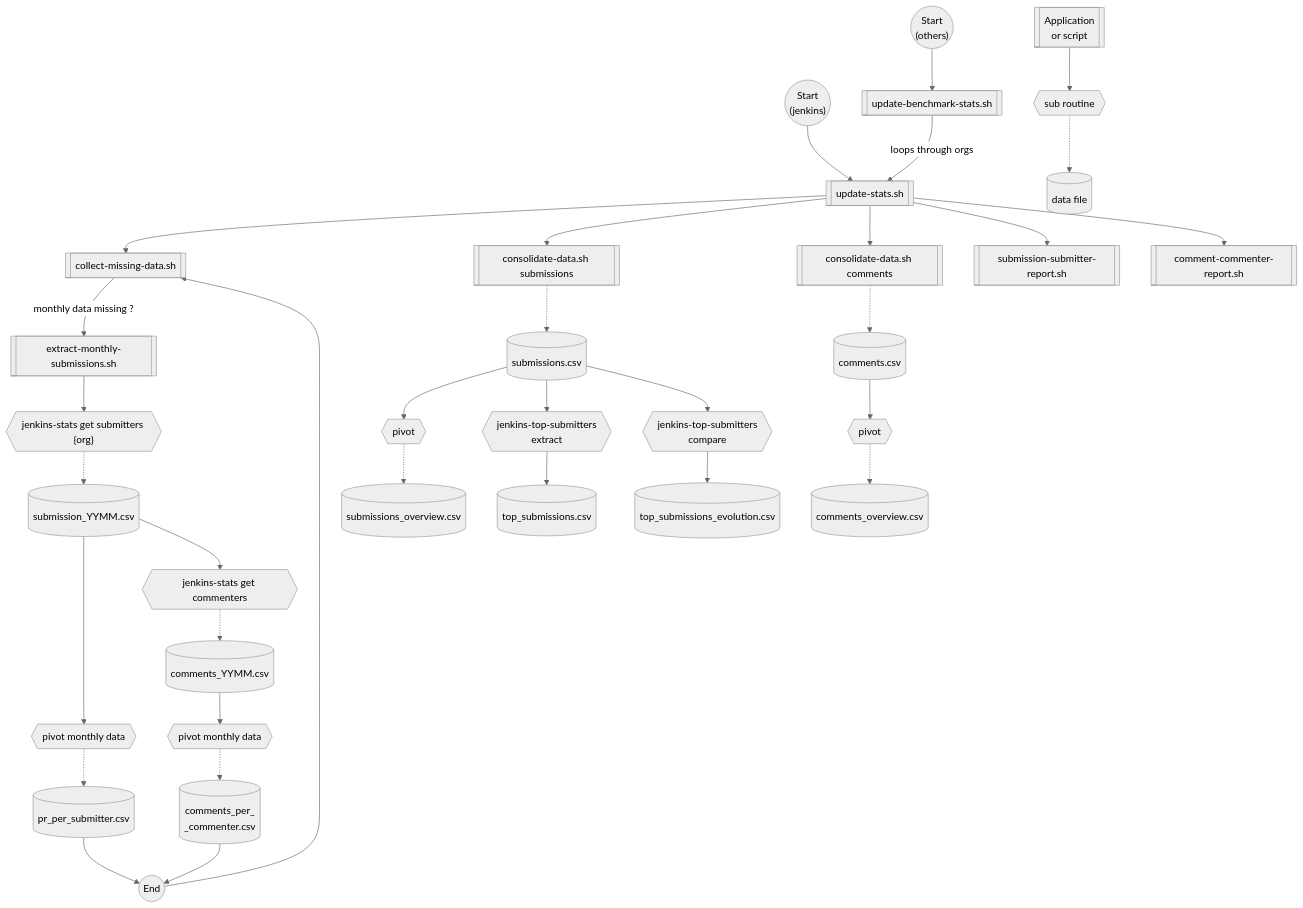
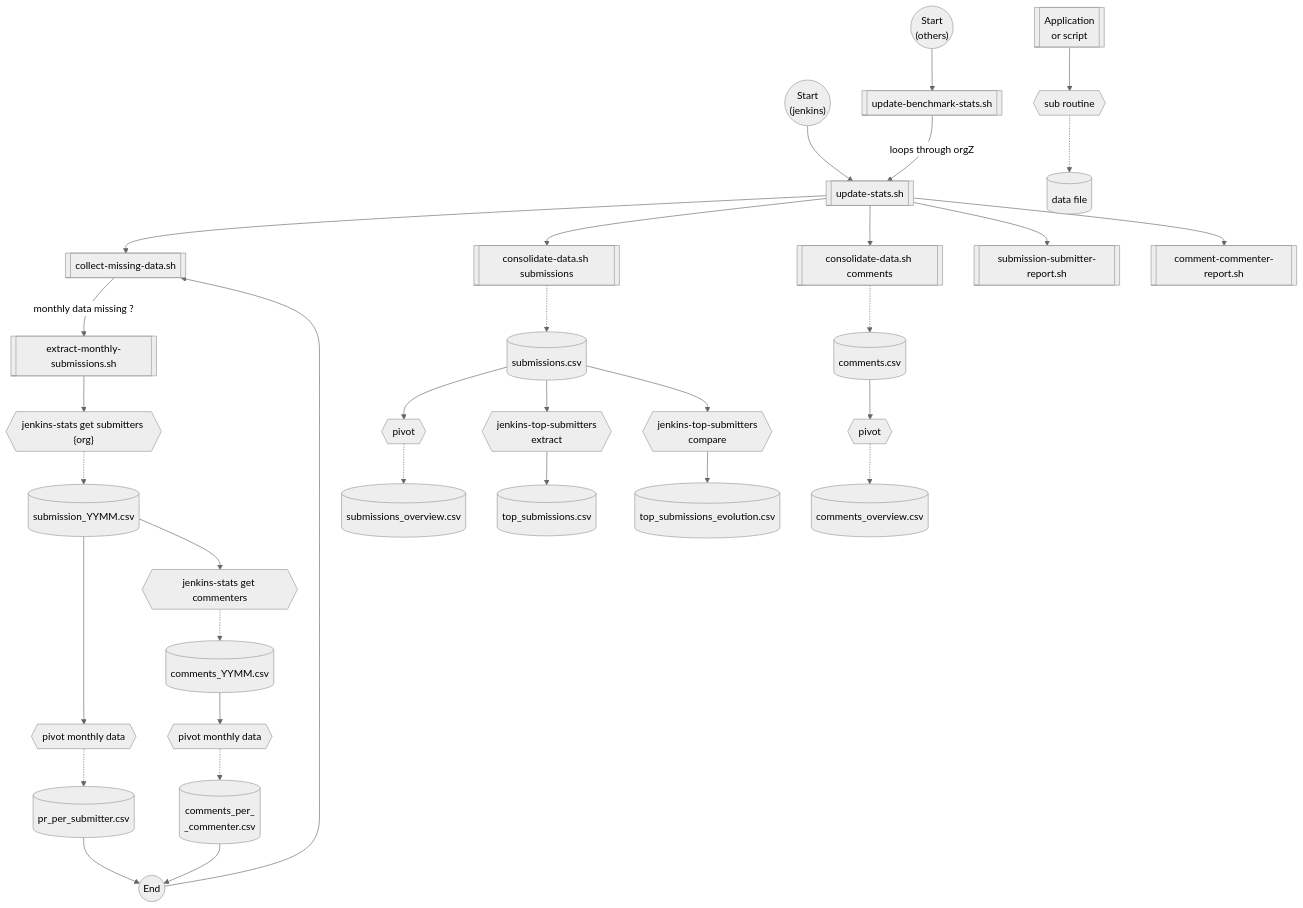
The diagram in README.md (jenkins-infra/jenkins-contribution-stats), drawn with Mermaid (neutral theme) before and after one commit.

Commit message:
Test mermaid version update

````diff
--- a/README.md
+++ b/README.md
@@ -66,67 +66,67 @@
 ```mermaid
 flowchart TD
 	start1(("`Start
 	(others)
 	 `"))
 
     start2(("`Start
     (jenkins)
      `"))
 
     extract_end((End))
 
     %% Processes
 
 	A[[update-benchmark-stats.sh]]
 	B[[update-stats.sh]]
     C[[collect-missing-data.sh]]
     D[[consolidate-data.sh submissions]]
     E[[consolidate-data.sh comments]]
     F[[submission-submitter-report.sh]]
     G[[comment-commenter-report.sh]]
     extracData[[extract-monthly-submissions.sh]]
     get_submitters{{"jenkins-stats get submitters {org}"}}
     get_commenters{{"jenkins-stats get commenters"}}
     top_extract{{jenkins-top-submitters </br> extract}}
     top_compare{{jenkins-top-submitters </br>compare}}
 
     %% data files
     submission_month[(submission_YYMM.csv)]
     monththlyPivot_submit[(pr_per_submitter.csv)]
     comments_month[(comments_YYMM.csv)]
     monththlyPivot_comment[(comments_per_</br>_commenter.csv)]
     global_submissions[(submissions.csv)]
     global_submissionsOverview[(submissions_overview.csv)]
     top_submission[(top_submissions.csv)]
     top_submission_evol[(top_submissions_evolution.csv)]
 
     global_comments[(comments.csv)]
     global_commentsOverview[(comments_overview.csv)]
 
     %% legend
     legend_app[[Application </br>or script]]
     legend_sub{{sub routine}}
     legend_data[(data file)]
     legend_app --> legend_sub -.-> legend_data
 
     %% pivot processes
     monthlypivot_subm{{pivot monthly data}}
     monthlypivot_comment{{pivot monthly data}}
     subm_overview_pivot{{pivot}}
     comment_overview_pivot{{pivot}}
 
     
     %% flow
-	start1 --> A -- loops through orgs --> B
+	start1 --> A -- loops through orgZ --> B
 	start2 --> B
     B --> C -- monthly data missing ? --> extracData  --> get_submitters
     get_submitters -.-> submission_month --> monthlypivot_subm -.-> monththlyPivot_submit --> extract_end --> C
     submission_month --> get_commenters -.-> comments_month --> monthlypivot_comment -.-> monththlyPivot_comment --> extract_end
     B --> D -.-> global_submissions
     global_submissions --> subm_overview_pivot -.-> global_submissionsOverview
     global_submissions --> top_extract --> top_submission
     global_submissions --> top_compare --> top_submission_evol
     B --> E -.-> global_comments --> comment_overview_pivot -.-> global_commentsOverview
     B --> F 
     B --> G
 ```
````
